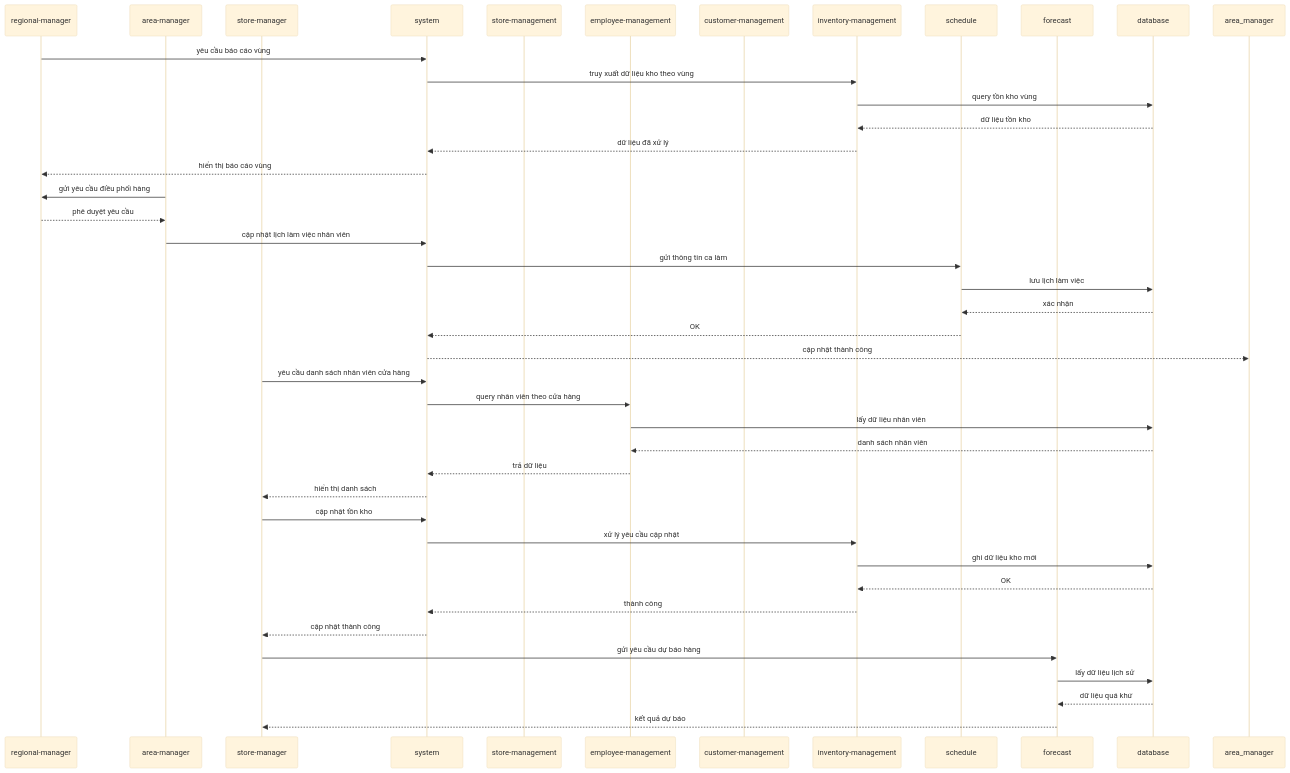
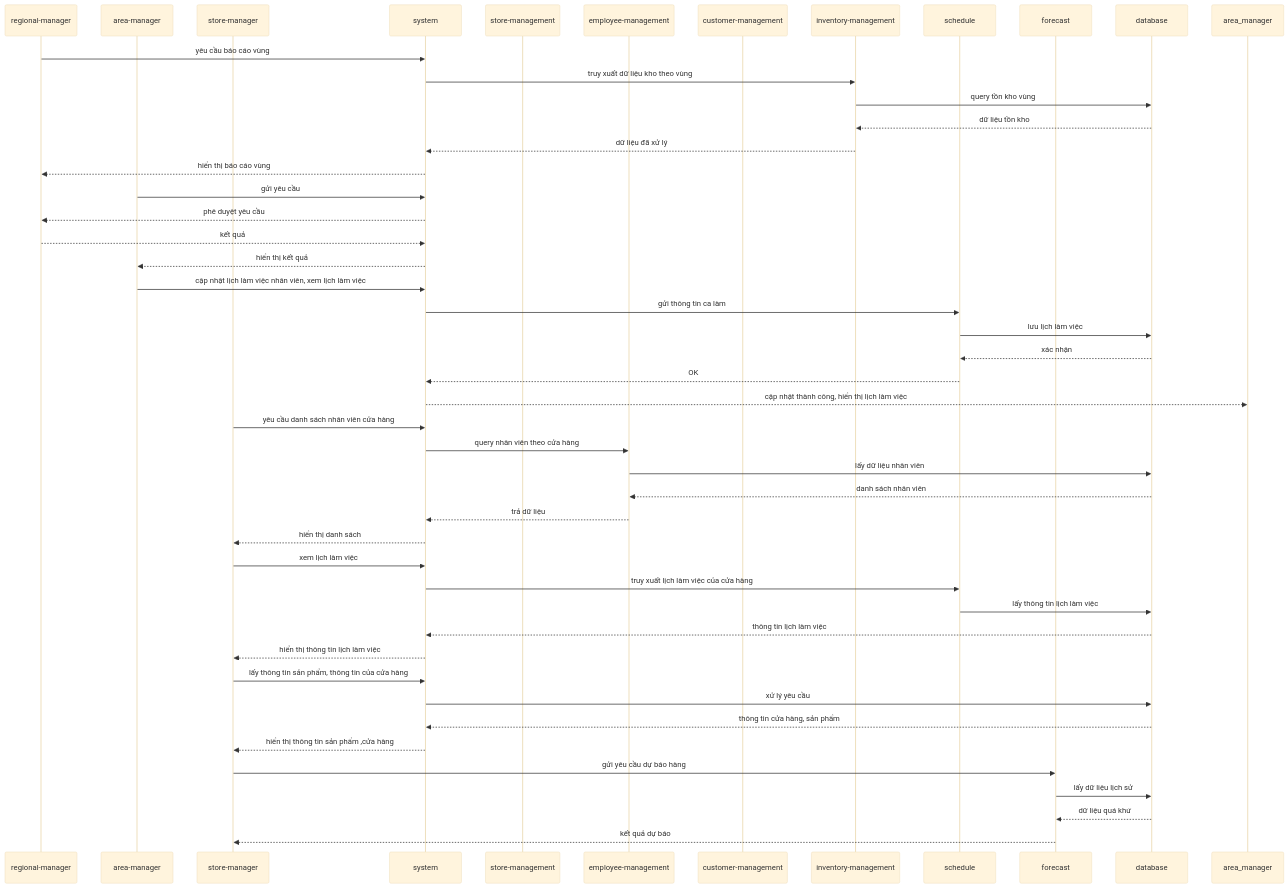
The seventh of 14 diagrams in README.md (vutiendat2302/optima-product-winmart-system), drawn with Mermaid (base theme) before and after one commit. The commit also changed other lines of this file and 2 other files, not shown here.

````diff
--- a/README.md
+++ b/README.md
@@ -365,57 +384,63 @@
 ``` mermaid
 sequenceDiagram 
     participant regional-manager
     participant area-manager
     participant store-manager
     
     participant system
     participant store-management
     participant employee-management
     participant customer-management
     participant inventory-management
     participant schedule
     participant forecast
     participant database
 
     %% regional_manager xem báo cáo vùng
     regional-manager->>system: yêu cầu báo cáo vùng
     system->>inventory-management: truy xuất dữ liệu kho theo vùng
     inventory-management->>database: query tồn kho vùng
     database-->>inventory-management: dữ liệu tồn kho
     inventory-management-->>system: dữ liệu đã xử lý
     system-->>regional-manager: hiển thị báo cáo vùng
 
     %% area_manager gửi yêu cầu điều phối hàng lên regional_manager
-    area-manager->>regional-manager: gửi yêu cầu điều phối hàng
-    regional-manager-->>area-manager: phê duyệt yêu cầu
+    area-manager->>system: gửi yêu cầu 
+    system-->>regional-manager: phê duyệt yêu cầu
+    regional-manager-->> system: kết quả 
+    system-->>area-manager: hiển thị kết quả
 
     %% area-manager cập nhật lịch làm việc nhân viên
-    area-manager->>system: cập nhật lịch làm việc nhân viên
+    area-manager->>system: cập nhật lịch làm việc nhân viên, xem lịch làm việc
     system->>schedule: gửi thông tin ca làm
     schedule->>database: lưu lịch làm việc
     database-->>schedule: xác nhận
     schedule-->>system: OK
-    system-->>area_manager: cập nhật thành công
+    system-->>area_manager: cập nhật thành công, hiển thị lịch làm việc
 
     %% store_manager xem danh sách nhân viên
     store-manager->>system: yêu cầu danh sách nhân viên cửa hàng
     system->>employee-management: query nhân viên theo cửa hàng
     employee-management->>database: lấy dữ liệu nhân viên
     database-->>employee-management: danh sách nhân viên
     employee-management-->>system: trả dữ liệu
     system-->>store-manager: hiển thị danh sách
 
-    %% store_manager cập nhật tồn kho cửa hàng
-    store-manager->>system: cập nhật tồn kho
-    system->>inventory-management: xử lý yêu cầu cập nhật
-    inventory-management->>database: ghi dữ liệu kho mới
-    database-->>inventory-management: OK
-    inventory-management-->>system: thành công
-    system-->>store-manager: cập nhật thành công
+    store-manager ->> system: xem lịch làm việc
+    system ->>schedule: truy xuất lịch làm việc của cửa hàng
+    schedule ->> database: lấy thông tin lịch làm việc
+    database -->> system: thông tin lịch làm việc
+    system -->> store-manager: hiển thị thông tin lịch làm việc
 
-    %% store_manager yêu cầu dự báo tồn kho
+    %% store_manager 
+    store-manager->>system: lấy thông tin sản phẩm, thông tin của cửa hàng
+    system->>database: xử lý yêu cầu
+    database-->>system: thông tin cửa hàng, sản phẩm
+    system-->>store-manager: hiển thị thông tin sản phẩm ,cửa hàng
+
+    %% store_manager yêu cầu dự báo tồn kho, sản phẩm bán chạy
     store-manager->>forecast: gửi yêu cầu dự báo hàng
     forecast->>database: lấy dữ liệu lịch sử
     database-->>forecast: dữ liệu quá khứ
     forecast-->>store-manager: kết quả dự báo
 ```
````
